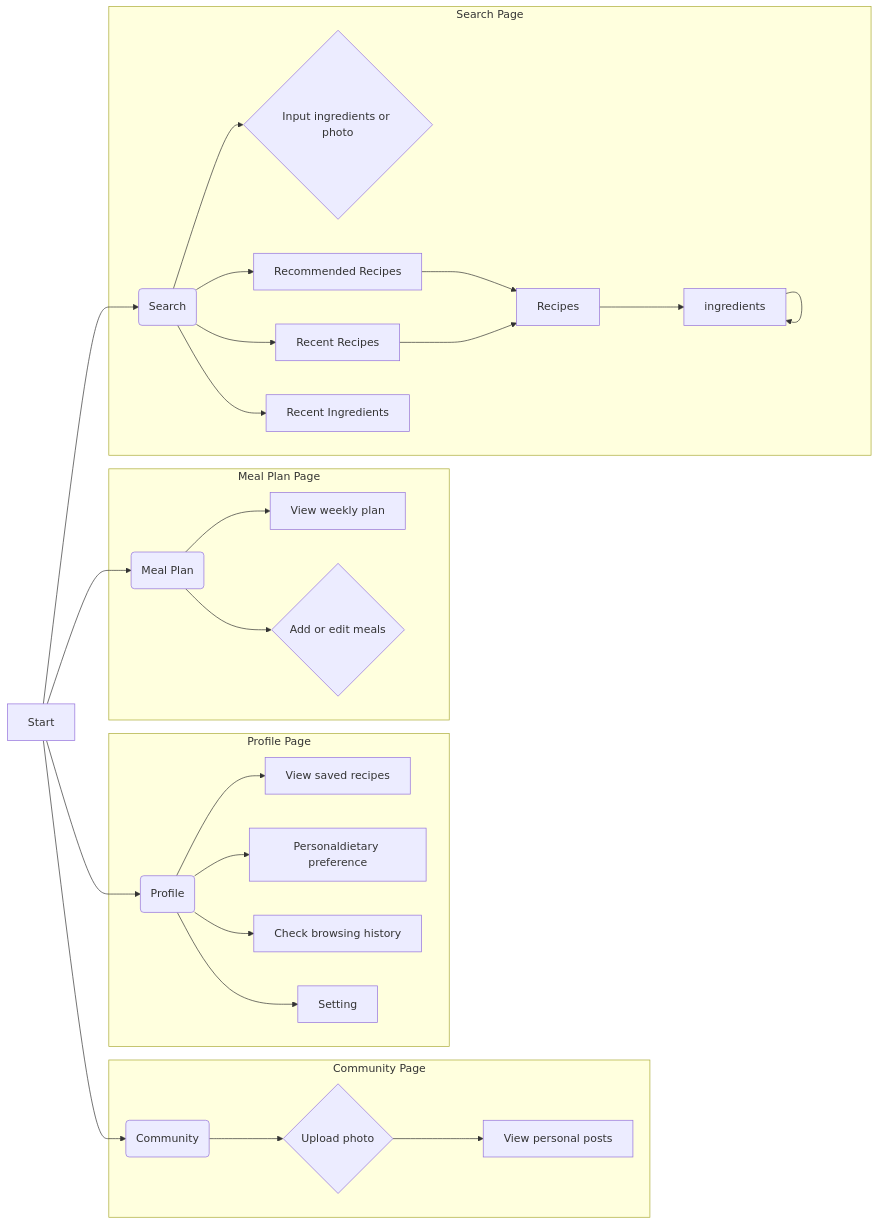
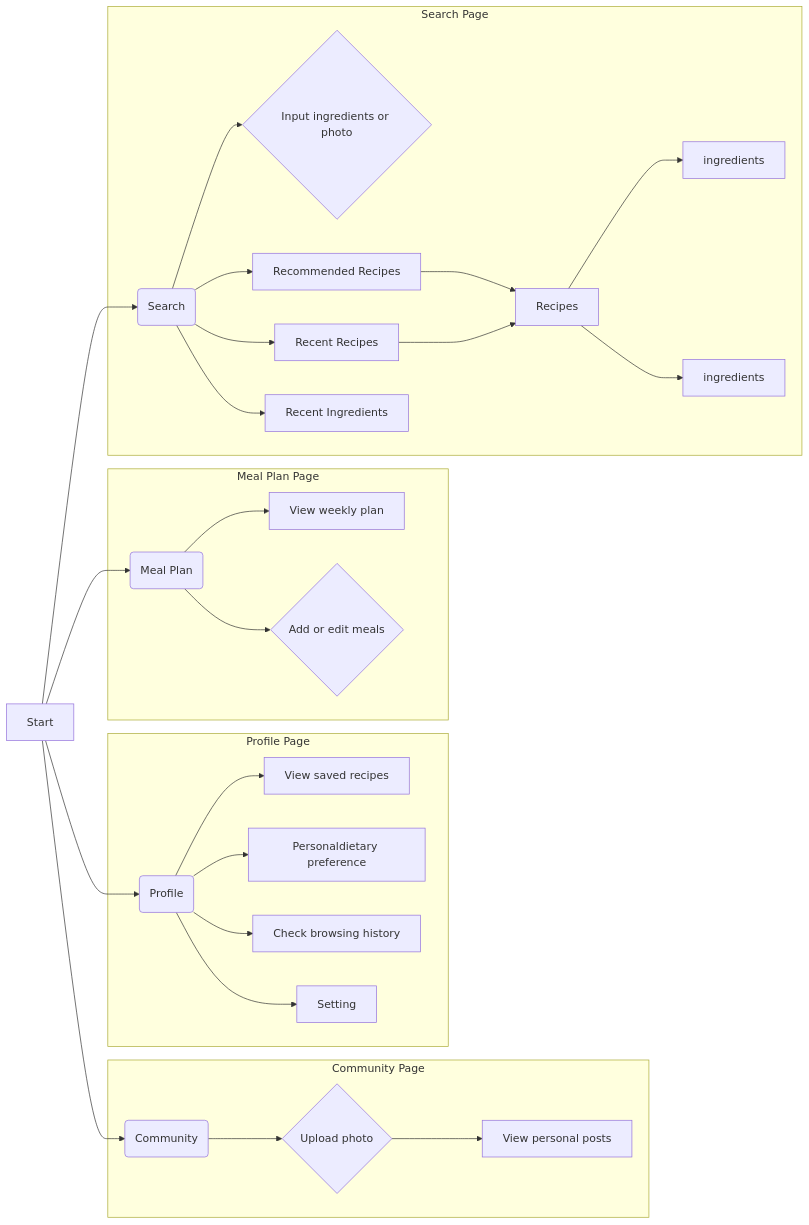
Before and after one commit to seven8301/iodraw-files: the diagram in all/未命名-2.md, drawn with Mermaid.

Commit message:
2025-04-09 20:42:32 update

````diff
--- a/all/未命名-2.md
+++ b/all/未命名-2.md
@@ -1,35 +1,35 @@
 ```mermaid
 graph LR
     A[Start] --> B(Search);
     A --> C(Community);
     A --> D(Meal Plan);
     A --> E(Profile);
 
     
     subgraph "Profile Page"
         E --> L[View saved recipes];
         E --> Q[Personaldietary preference];
         E --> M[Check browsing history];
         E --> P[Setting];
 
         
     end
       subgraph "Meal Plan Page"
         D --> J[View weekly plan];
         D --> K{Add or edit meals};
     end
      subgraph "Community Page"
         C --> H{Upload photo};
         H --> I[View personal posts];
     end
     subgraph "Search Page"
         B --> F{Input ingredients or photo};
         B --> G[Recommended Recipes];
         G --> R[Recipes];
         O --> R[Recipes];
         R --> S[ingredients];
-        S --> S[ingredients];
+        R --> T[ingredients];
         B --> N[Recent Ingredients];
         B --> O[Recent Recipes];
     end
 ```
````
